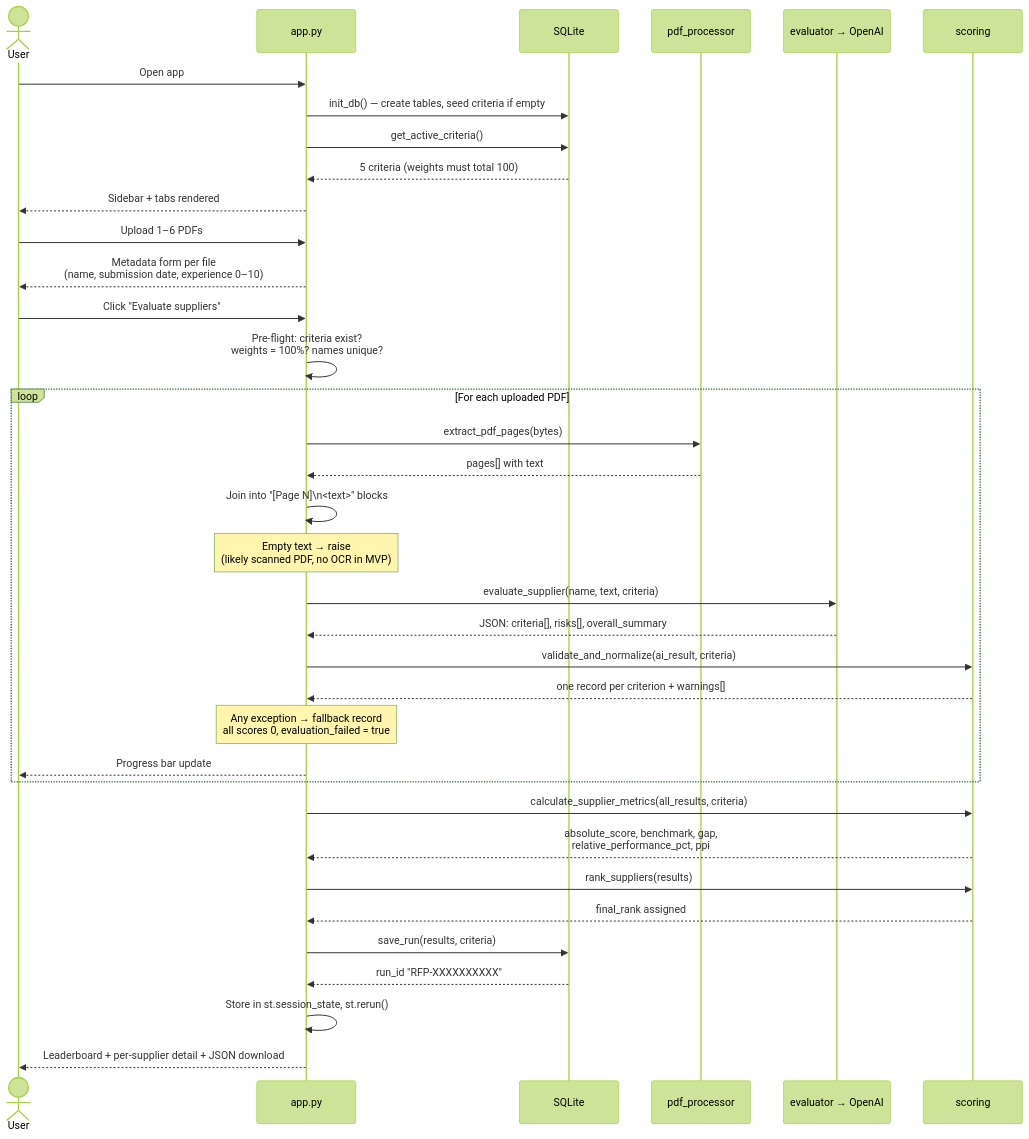
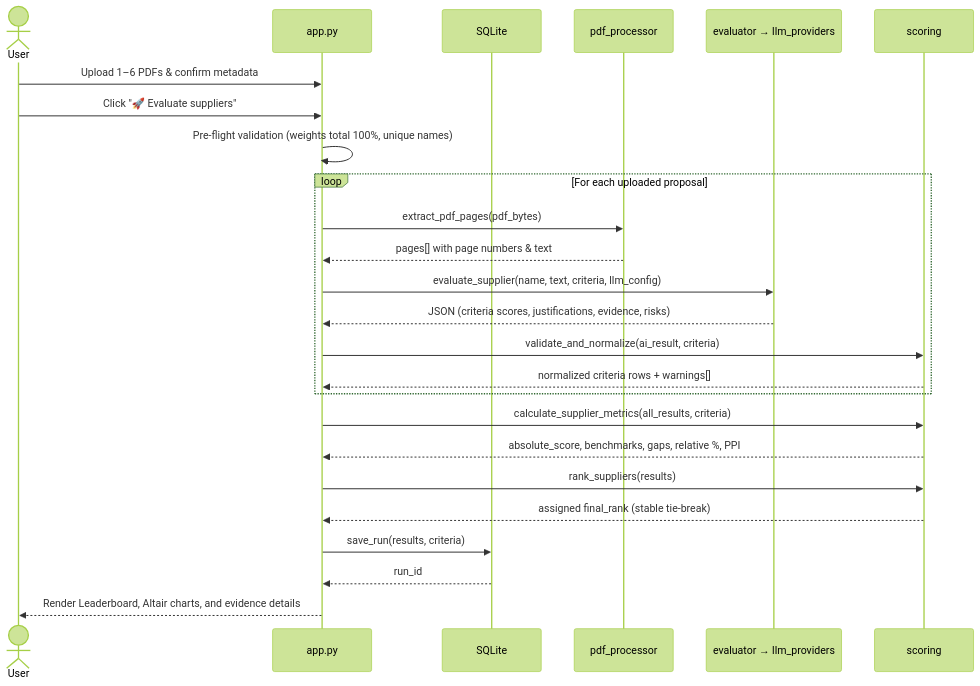
The second of 5 diagrams in TECHNICAL_DOCUMENTATION.md (johriprakhar/AI-Agentic-RFP-Evaluation), drawn with Mermaid (forest theme) before and after one commit. The commit also changed other lines of this file and 2 other files, not shown here.

````diff
--- a/TECHNICAL_DOCUMENTATION.md
+++ b/TECHNICAL_DOCUMENTATION.md
@@ -72,43 +77,30 @@
 ```mermaid
 sequenceDiagram
     actor U as User
     participant App as app.py
     participant DB as SQLite
     participant PDF as pdf_processor
-    participant LLM as evaluator → OpenAI
+    participant LLM as evaluator → llm_providers
     participant SC as scoring
 
-    U->>App: Open app
-    App->>DB: init_db() — create tables, seed criteria if empty
-    App->>DB: get_active_criteria()
-    DB-->>App: 5 criteria (weights must total 100)
-    App-->>U: Sidebar + tabs rendered
+    U->>App: Upload 1–6 PDFs & confirm metadata
+    U->>App: Click "🚀 Evaluate suppliers"
+    App->>App: Pre-flight validation (weights total 100%, unique names)
 
-    U->>App: Upload 1–6 PDFs
-    App-->>U: Metadata form per file<br/>(name, submission date, experience 0–10)
-    U->>App: Click "Evaluate suppliers"
-
-    App->>App: Pre-flight: criteria exist?<br/>weights = 100%? names unique?
-
-    loop For each uploaded PDF
-        App->>PDF: extract_pdf_pages(bytes)
-        PDF-->>App: pages[] with text
-        App->>App: Join into "[Page N]\n<text>" blocks
-        Note over App: Empty text → raise<br/>(likely scanned PDF, no OCR in MVP)
-        App->>LLM: evaluate_supplier(name, text, criteria)
-        LLM-->>App: JSON: criteria[], risks[], overall_summary
+    loop For each uploaded proposal
+        App->>PDF: extract_pdf_pages(pdf_bytes)
+        PDF-->>App: pages[] with page numbers & text
+        App->>LLM: evaluate_supplier(name, text, criteria, llm_config)
+        LLM-->>App: JSON (criteria scores, justifications, evidence, risks)
         App->>SC: validate_and_normalize(ai_result, criteria)
-        SC-->>App: one record per criterion + warnings[]
-        Note over App: Any exception → fallback record<br/>all scores 0, evaluation_failed = true
-        App-->>U: Progress bar update
+        SC-->>App: normalized criteria rows + warnings[]
     end
 
     App->>SC: calculate_supplier_metrics(all_results, criteria)
-    SC-->>App: absolute_score, benchmark, gap,<br/>relative_performance_pct, ppi
+    SC-->>App: absolute_score, benchmarks, gaps, relative %, PPI
     App->>SC: rank_suppliers(results)
-    SC-->>App: final_rank assigned
+    SC-->>App: assigned final_rank (stable tie-break)
     App->>DB: save_run(results, criteria)
-    DB-->>App: run_id "RFP-XXXXXXXXXX"
-    App->>App: Store in st.session_state, st.rerun()
-    App-->>U: Leaderboard + per-supplier detail + JSON download
+    DB-->>App: run_id
+    App-->>U: Render Leaderboard, Altair charts, and evidence details
 ```
````
